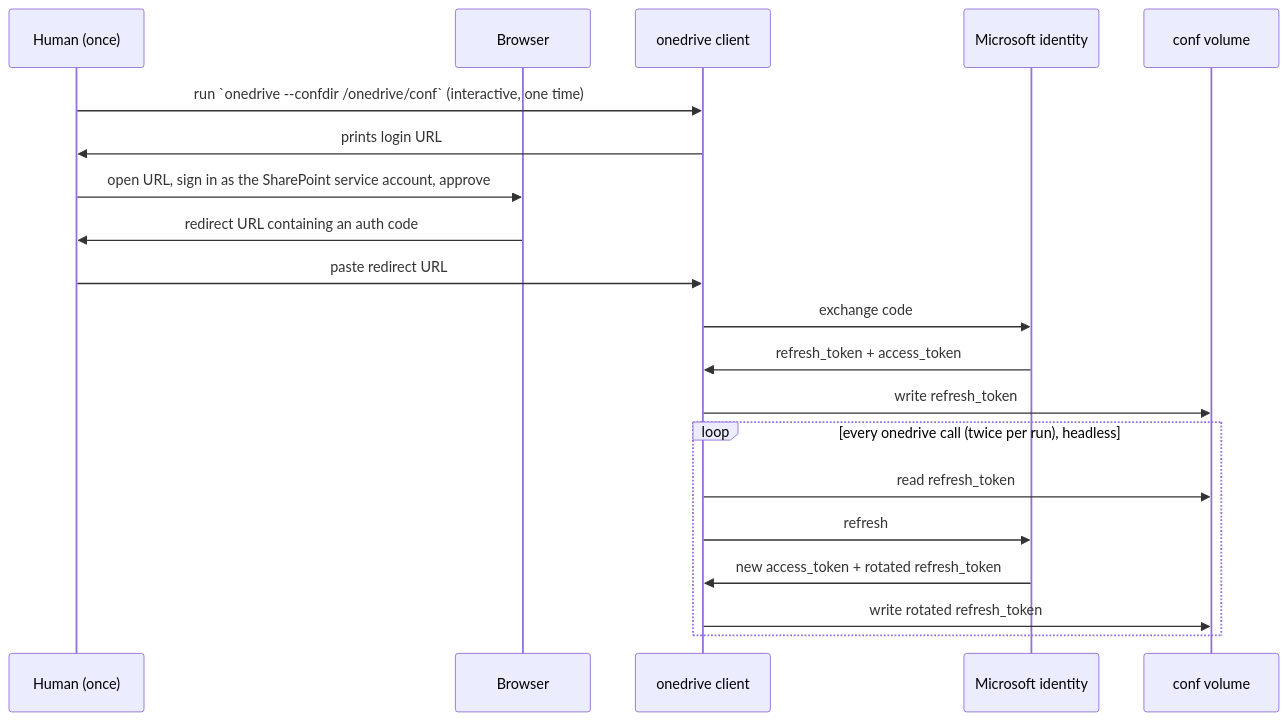
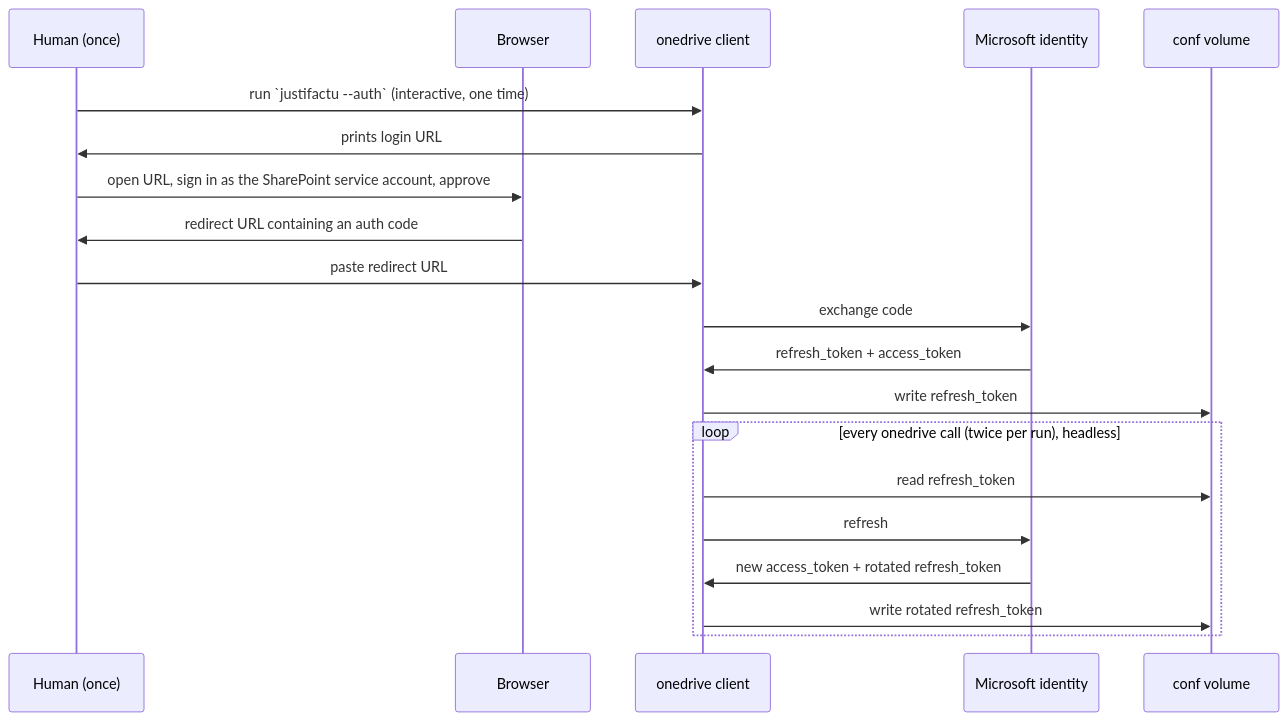
One commit to ICIQ-DMP/justifactu-docs changed the third of 4 diagrams in docs/explanation/onedrive_sync_and_orchestration.md. Above: the diagram before and after it, drawn with Mermaid. The commit also changed other lines of this file and 1 other file, not shown here.

````diff
--- a/docs/explanation/onedrive_sync_and_orchestration.md
+++ b/docs/explanation/onedrive_sync_and_orchestration.md
@@ -288,24 +314,24 @@
 ```mermaid
 sequenceDiagram
     participant H as Human (once)
     participant B as Browser
     participant OD as onedrive client
     participant MS as Microsoft identity
     participant V as conf volume
 
-    H->>OD: run `onedrive --confdir /onedrive/conf` (interactive, one time)
+    H->>OD: run `justifactu --auth` (interactive, one time)
     OD->>H: prints login URL
     H->>B: open URL, sign in as the SharePoint service account, approve
     B->>H: redirect URL containing an auth code
     H->>OD: paste redirect URL
     OD->>MS: exchange code
     MS->>OD: refresh_token + access_token
     OD->>V: write refresh_token
 
     loop every onedrive call (twice per run), headless
         OD->>V: read refresh_token
         OD->>MS: refresh
         MS->>OD: new access_token + rotated refresh_token
         OD->>V: write rotated refresh_token
     end
 ```
````
